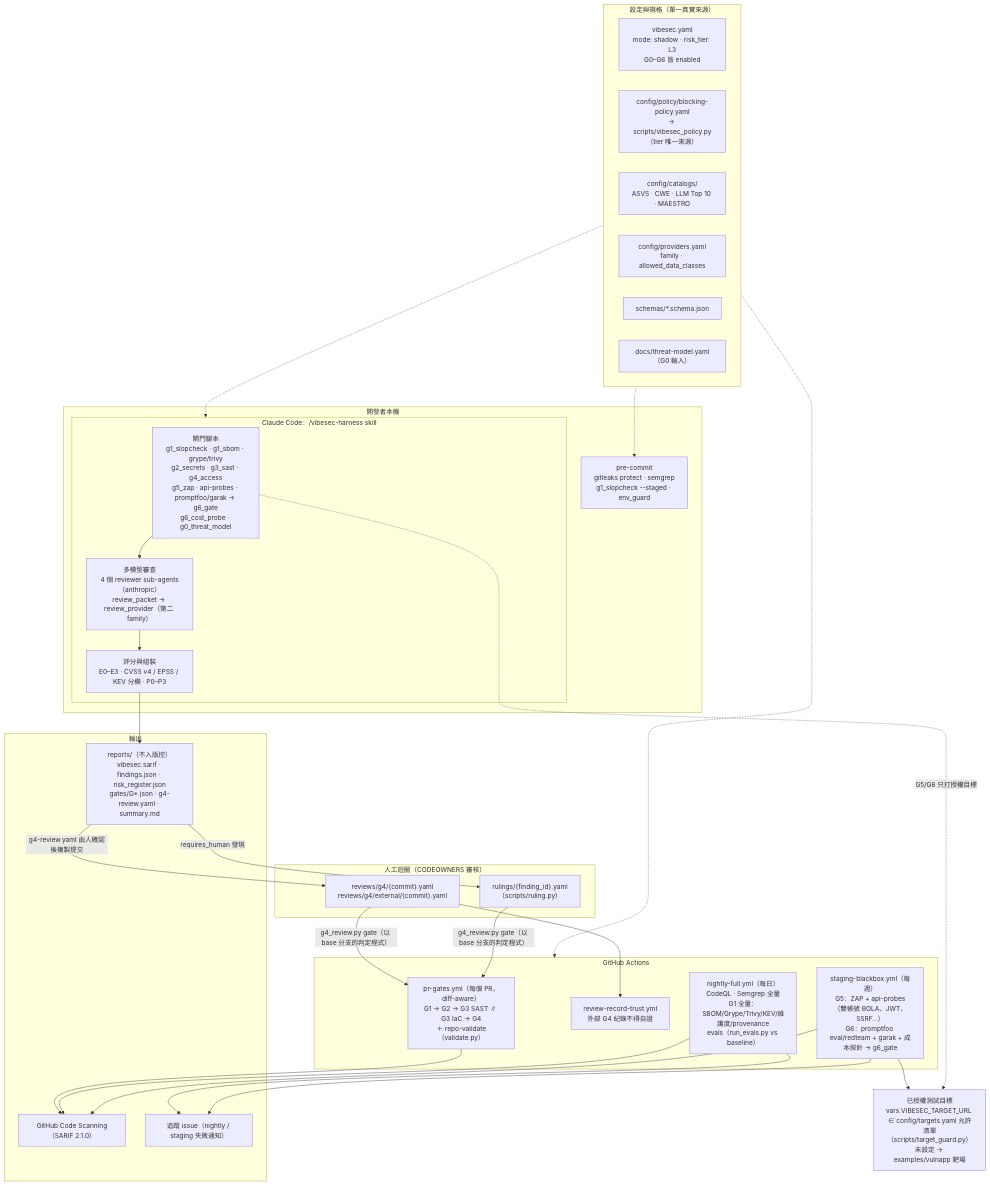
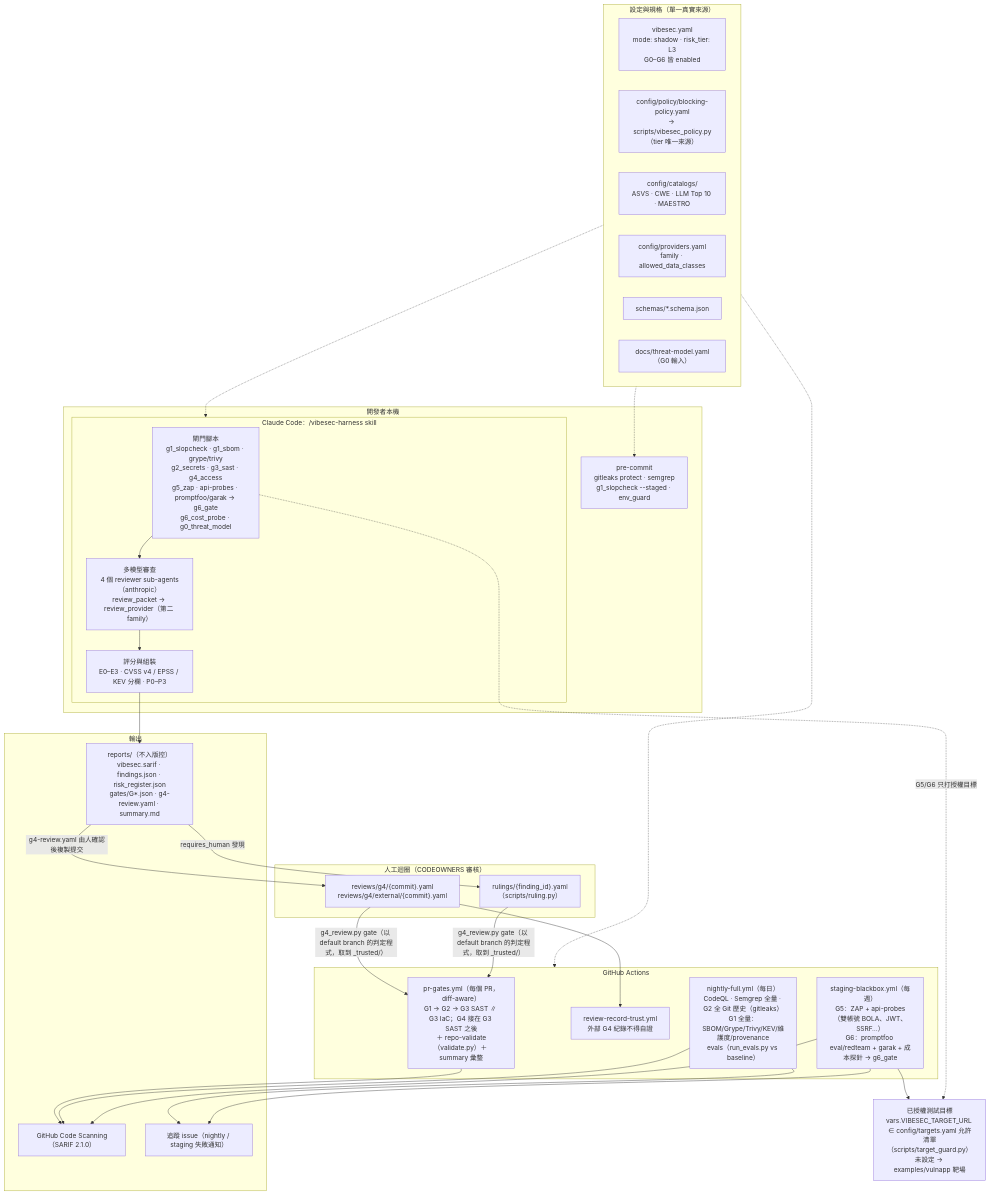
The first of 2 diagrams in README.md (chinchiang/MultiAgentDelta), drawn with Mermaid before and after one commit. The commit also changed other lines of this file and 18 other files, not shown here.

First line of the commit message:
docs: 文件、說明與架構圖對齊現況，並誠實標示未實作項目 (#101)

````diff
--- a/README.md
+++ b/README.md
@@ -38,52 +38,52 @@
 ```mermaid
 flowchart TB
   subgraph SOT["設定與規格（單一真實來源）"]
     direction LR
     CFG["vibesec.yaml<br/>mode: shadow · risk_tier: L3<br/>G0–G6 皆 enabled"]
     POL["config/policy/blocking-policy.yaml<br/>→ scripts/vibesec_policy.py（tier 唯一來源）"]
     CAT["config/catalogs/<br/>ASVS · CWE · LLM Top 10 · MAESTRO"]
     PRV["config/providers.yaml<br/>family · allowed_data_classes"]
     SCH["schemas/*.schema.json"]
     TM["docs/threat-model.yaml（G0 輸入）"]
   end
 
   subgraph LOCAL["開發者本機"]
     PC["pre-commit<br/>gitleaks protect · semgrep<br/>g1_slopcheck --staged · env_guard"]
     subgraph HARN["Claude Code：/vibesec-harness skill"]
       HG["閘門腳本<br/>g1_slopcheck · g1_sbom · grype/trivy<br/>g2_secrets · g3_sast · g4_access<br/>g5_zap · api-probes · promptfoo/garak → g6_gate<br/>g6_cost_probe · g0_threat_model"]
       HR["多模型審查<br/>4 個 reviewer sub-agents（anthropic）<br/>review_packet → review_provider（第二 family）"]
       HS["評分與組裝<br/>E0–E3 · CVSS v4 / EPSS / KEV 分欄 · P0–P3"]
     end
   end
 
   subgraph GHA["GitHub Actions"]
-    PRG["pr-gates.yml（每個 PR，diff-aware）<br/>G1 → G2 → G3 SAST ∥ G3 IaC → G4<br/>＋ repo-validate（validate.py）"]
+    PRG["pr-gates.yml（每個 PR，diff-aware）<br/>G1 → G2 → G3 SAST ∥ G3 IaC；G4 接在 G3 SAST 之後<br/>＋ repo-validate（validate.py）＋ summary 彙整"]
     RRT["review-record-trust.yml<br/>外部 G4 紀錄不得自證"]
-    NF["nightly-full.yml（每日）<br/>CodeQL · Semgrep 全量<br/>G1 全量：SBOM/Grype/Trivy/KEV/維護度/provenance<br/>evals（run_evals.py vs baseline）"]
+    NF["nightly-full.yml（每日）<br/>CodeQL · Semgrep 全量 · G2 全 Git 歷史（gitleaks）<br/>G1 全量：SBOM/Grype/Trivy/KEV/維護度/provenance<br/>evals（run_evals.py vs baseline）"]
     SB["staging-blackbox.yml（每週）<br/>G5：ZAP + api-probes（雙帳號 BOLA、JWT、SSRF…）<br/>G6：promptfoo eval/redteam + garak + 成本探針 → g6_gate"]
   end
 
   TARGET["已授權測試目標<br/>vars.VIBESEC_TARGET_URL ∈ config/targets.yaml 允許清單（scripts/target_guard.py）<br/>未設定 → examples/vulnapp 靶場"]
 
   subgraph OUT["輸出"]
     REP["reports/（不入版控）<br/>vibesec.sarif · findings.json · risk_register.json<br/>gates/G*.json · g4-review.yaml · summary.md"]
     CS["GitHub Code Scanning（SARIF 2.1.0）"]
     ISS["追蹤 issue（nightly / staging 失敗通知）"]
   end
 
   subgraph HUMAN["人工迴圈（CODEOWNERS 審核）"]
     RV["reviews/g4/{commit}.yaml<br/>reviews/g4/external/{commit}.yaml"]
     RU["rulings/{finding_id}.yaml<br/>（scripts/ruling.py）"]
   end
 
   SOT -.-> PC & HARN & GHA
   HG --> HR --> HS --> REP
   SB --> TARGET
   HG -. "G5/G6 只打授權目標" .-> TARGET
   PRG & NF & SB --> CS
   NF & SB --> ISS
   REP -- "g4-review.yaml 由人確認後複製提交" --> RV
   REP -- "requires_human 發現" --> RU
-  RV & RU -- "g4_review.py gate（以 base 分支的判定程式）" --> PRG
+  RV & RU -- "g4_review.py gate（以 default branch 的判定程式，取到 _trusted/）" --> PRG
   RV --> RRT
 ```
````
